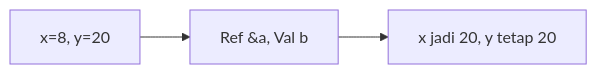
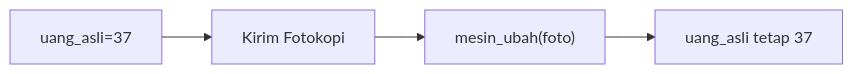
One commit to amnahwaida/OSNK_INF_PREP changed the second of 25 diagrams in part-c-pemahaman-cpp/04-fungsi/latihan/set-03.md. Above: the diagram before and after it, drawn with Mermaid. The commit also changed other lines of this file and 71 other files, not shown here.

````diff
--- a/part-c-pemahaman-cpp/04-fungsi/latihan/set-03.md
+++ b/part-c-pemahaman-cpp/04-fungsi/latihan/set-03.md
@@ -48,5 +49,6 @@
 ```mermaid
 graph LR
-A["x=8, y=20"] --> B["Ref &a, Val b"]
-B --> C["x jadi 20, y tetap 20"]
+A["uang_asli=37"] --> B["Kirim Fotokopi"]
+B --> C["mesin_ubah(foto)"]
+C --> D["uang_asli tetap 37"]
 ```
````
